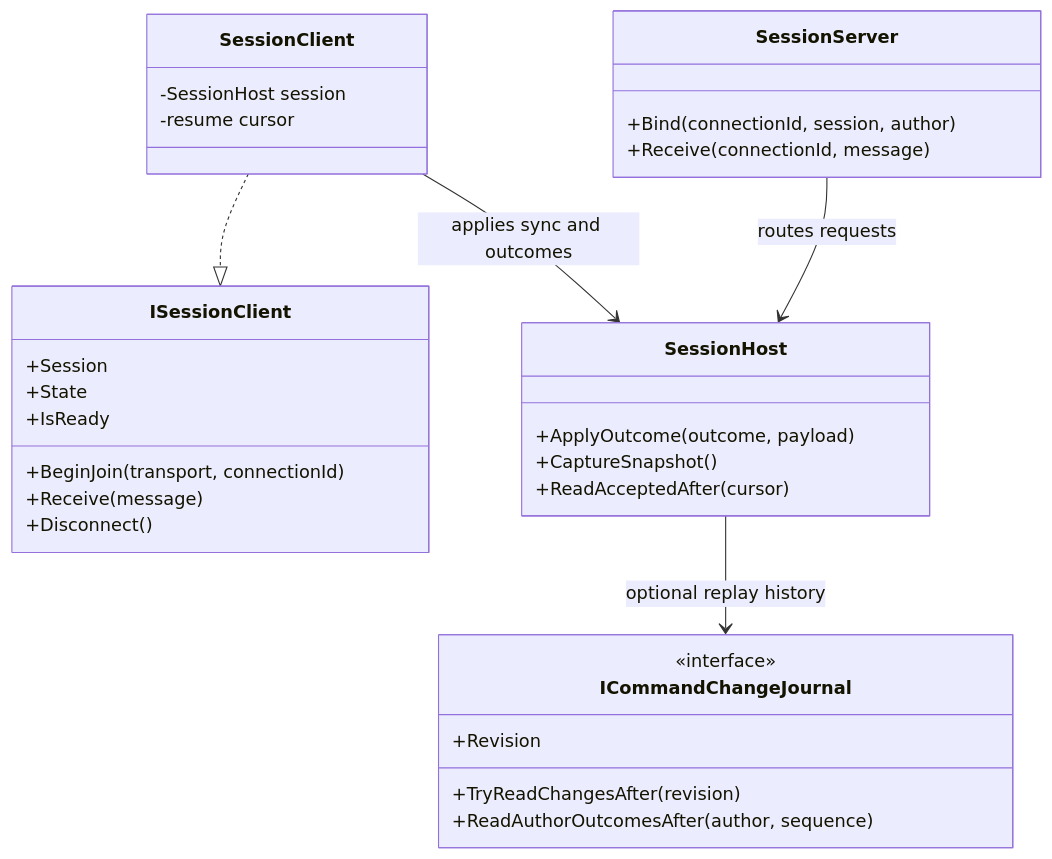
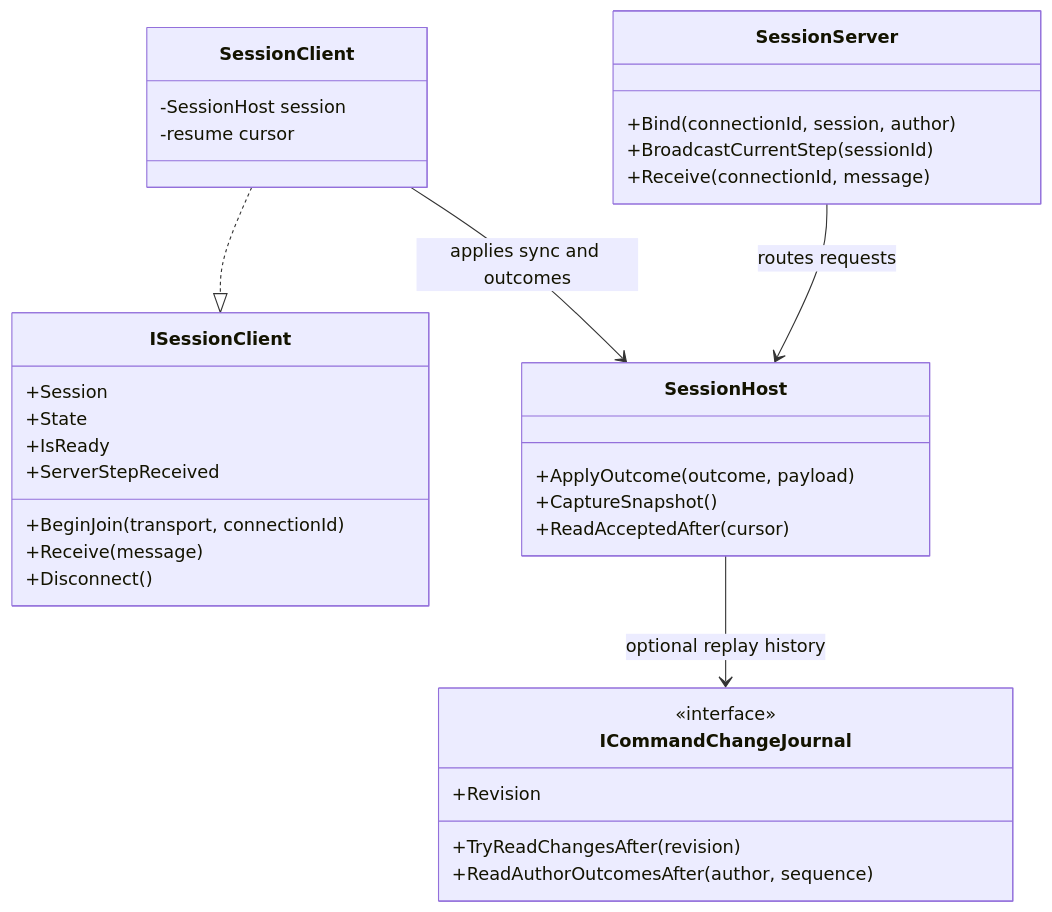
Before and after one commit to Artromskiy/DeltaNetcode: the diagram in docs/API.md, drawn with Mermaid. The commit also changed other lines of this file and 4 other files, not shown here.

Commit message:
feat(netcode): broadcast server step updates

````diff
--- a/docs/API.md
+++ b/docs/API.md
@@ -123,34 +130,36 @@
 ```mermaid
 classDiagram
     class ISessionClient {
         +Session
         +State
         +IsReady
+        +ServerStepReceived
         +BeginJoin(transport, connectionId)
         +Receive(message)
         +Disconnect()
     }
     class SessionClient {
         -SessionHost session
         -resume cursor
     }
     class SessionHost {
         +ApplyOutcome(outcome, payload)
         +CaptureSnapshot()
         +ReadAcceptedAfter(cursor)
     }
     class SessionServer {
         +Bind(connectionId, session, author)
+        +BroadcastCurrentStep(sessionId)
         +Receive(connectionId, message)
     }
     class ICommandChangeJournal {
         <<interface>>
         +Revision
         +TryReadChangesAfter(revision)
         +ReadAuthorOutcomesAfter(author, sequence)
     }
     SessionClient ..|> ISessionClient
     SessionClient --> SessionHost : applies sync and outcomes
     SessionServer --> SessionHost : routes requests
     SessionHost --> ICommandChangeJournal : optional replay history
 ```
````
